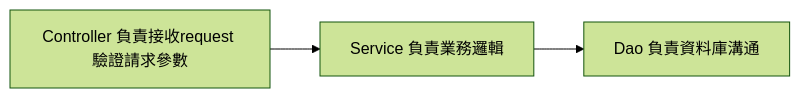
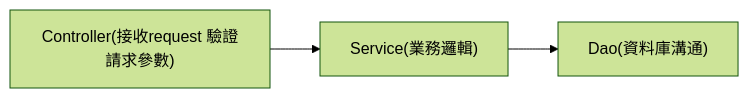
Before and after one commit to wsx13767/spring-boot-practice: the diagram in README.md, drawn with Mermaid (forest theme). The commit also changed other lines of this file and 11 other files, not shown here.

````diff
--- a/README.md
+++ b/README.md
@@ -113,4 +113,4 @@
 ```mermaid
 graph LR
-    Controller[Controller 負責接收request 驗證請求參數] --> Service[Service 負責業務邏輯] --> Dao[Dao 負責資料庫溝通]
+    Controller["Controller(接收request 驗證請求參數)"] --> Service["Service(業務邏輯)"] --> Dao["Dao(資料庫溝通)"]
 ```
````
